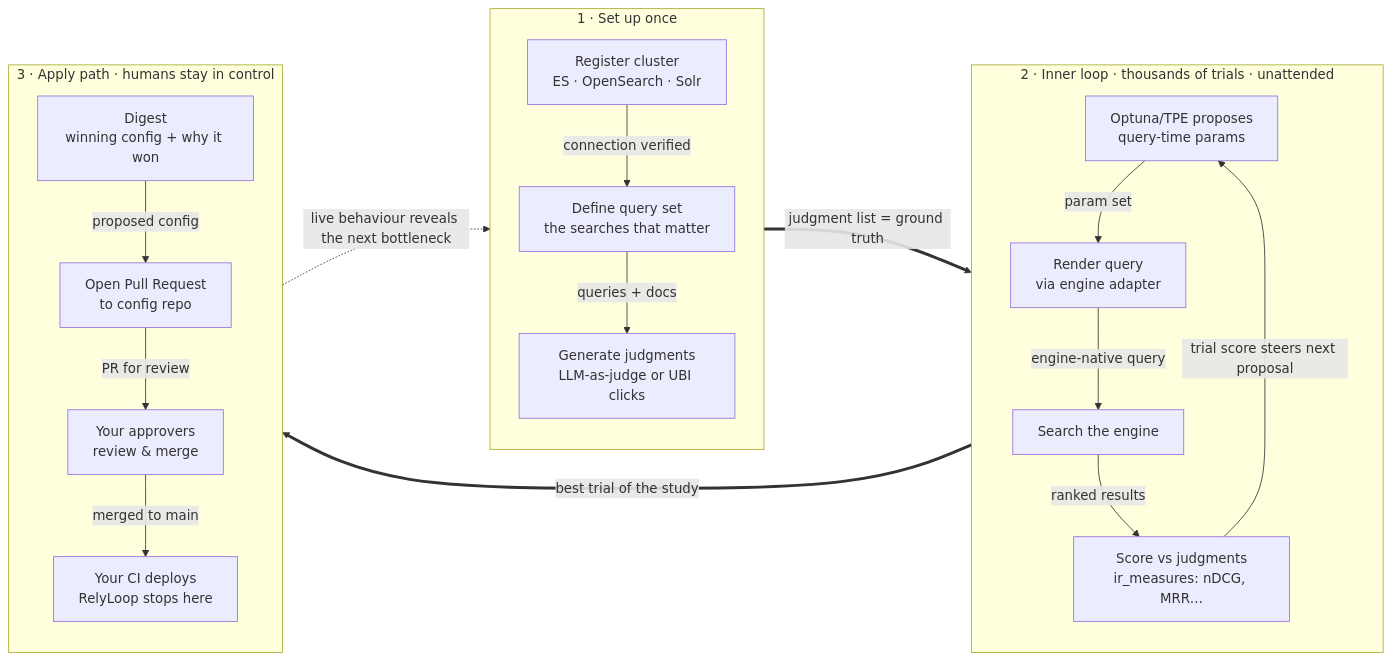
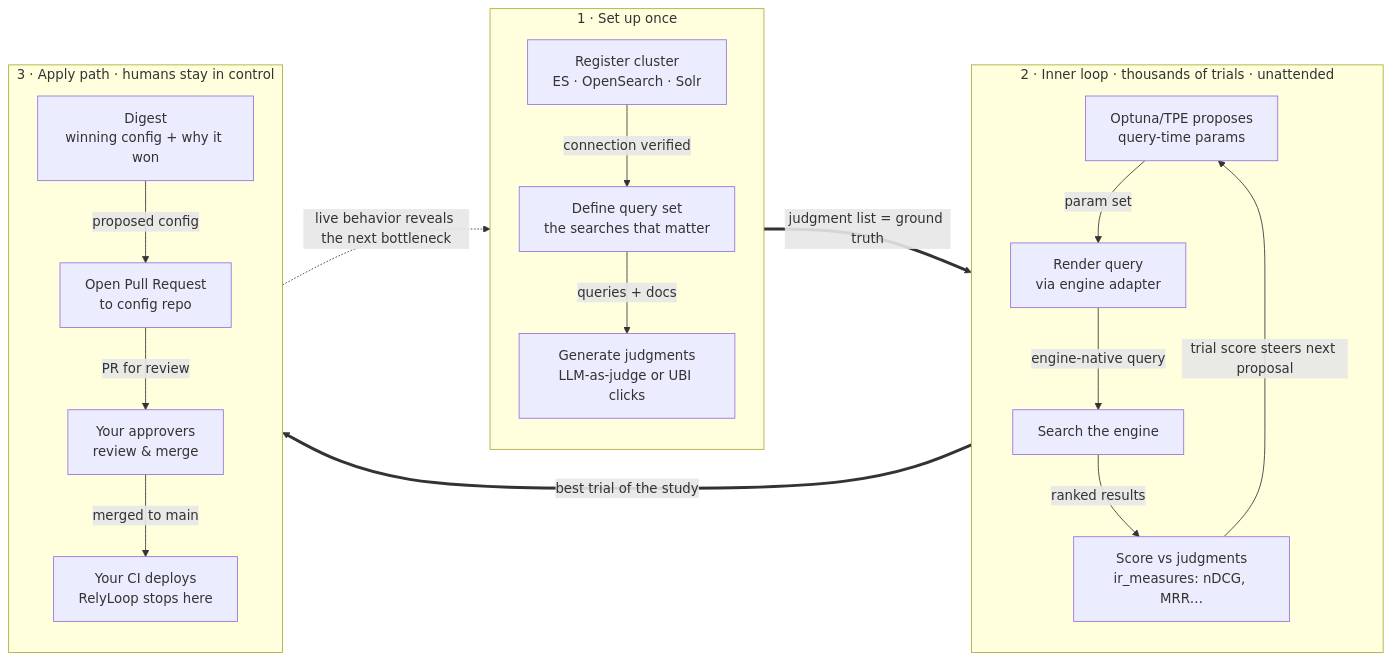
Before and after one commit to SoundMindsAI/relyloop: the diagram in README.md, drawn with Mermaid. The commit also changed other lines of this file and 1 other file, not shown here.

Commit message:
docs: address Gemini review on #354 — American spelling + checklist line refs
- README "## The loop": behaviour -> behavior (2x), matching the codebase
  norm (American spelling used in 5 docs vs 1).
- oss-launch-checklist: refresh the README line references that drifted after
  the "## The loop" section was inserted (What's-coming 50->99, Engine-neutral
  61->115; verified against the current file, not Gemini's approximate 103/115).

````diff
--- a/README.md
+++ b/README.md
@@ -30,27 +30,27 @@
 ```mermaid
 flowchart LR
     subgraph setup [1 · Set up once]
         direction TB
         A[Register cluster<br/>ES · OpenSearch · Solr] -->|connection verified| B[Define query set<br/>the searches that matter]
         B -->|queries + docs| C[Generate judgments<br/>LLM-as-judge or UBI clicks]
     end
 
     subgraph inner [2 · Inner loop · thousands of trials · unattended]
         direction TB
         D[Optuna/TPE proposes<br/>query-time params] -->|param set| E[Render query<br/>via engine adapter]
         E -->|engine-native query| F[Search the engine]
         F -->|ranked results| G[Score vs judgments<br/>ir_measures: nDCG, MRR…]
         G -->|trial score steers next proposal| D
     end
 
     subgraph apply [3 · Apply path · humans stay in control]
         direction TB
         H[Digest<br/>winning config + why it won] -->|proposed config| I[Open Pull Request<br/>to config repo]
         I -->|PR for review| J[Your approvers<br/>review &amp; merge]
         J -->|merged to main| K[Your CI deploys<br/>RelyLoop stops here]
     end
 
     C ==>|judgment list = ground truth| D
     G ==>|best trial of the study| H
-    K -.->|live behaviour reveals the next bottleneck| B
+    K -.->|live behavior reveals the next bottleneck| B
 ```
````
